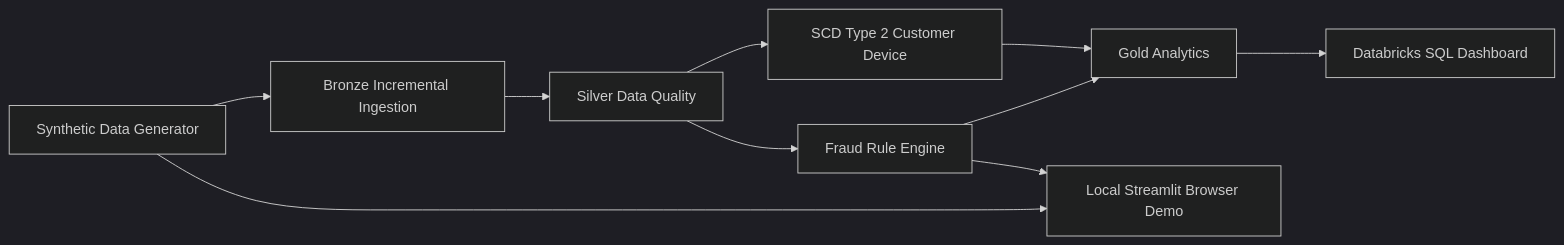
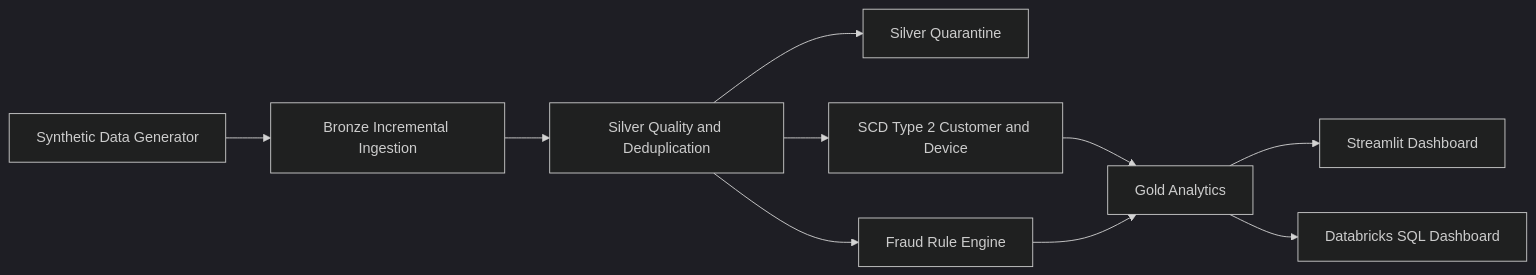
Before and after one commit to nidhi2025-arch/upi-sentinel-lakehouse: the diagram in README.md, drawn with Mermaid (dark theme). The commit also changed other lines of this file and 13 other files, not shown here.

````diff
--- a/README.md
+++ b/README.md
@@ -26,12 +21,12 @@
 ```mermaid
 flowchart LR
-  A[Synthetic Data Generator] --> B[Bronze Incremental Ingestion]
-  B --> C[Silver Data Quality]
-  C --> D[SCD Type 2 Customer Device]
-  C --> E[Fraud Rule Engine]
-  D --> F[Gold Analytics]
-  E --> F
-  F --> G[Databricks SQL Dashboard]
-  A --> H[Local Streamlit Browser Demo]
-  E --> H
+    A[Synthetic Data Generator] --> B[Bronze Incremental Ingestion]
+    B --> C[Silver Quality and Deduplication]
+    C --> Q[Silver Quarantine]
+    C --> D[SCD Type 2 Customer and Device]
+    C --> E[Fraud Rule Engine]
+    D --> F[Gold Analytics]
+    E --> F
+    F --> G[Streamlit Dashboard]
+    F --> H[Databricks SQL Dashboard]
 ```
````
